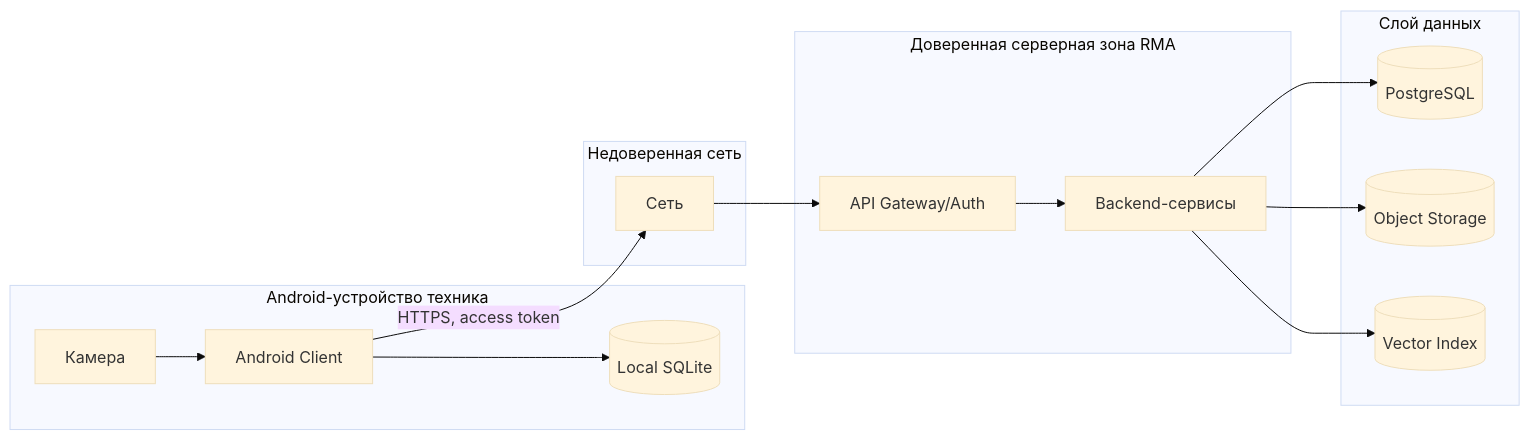
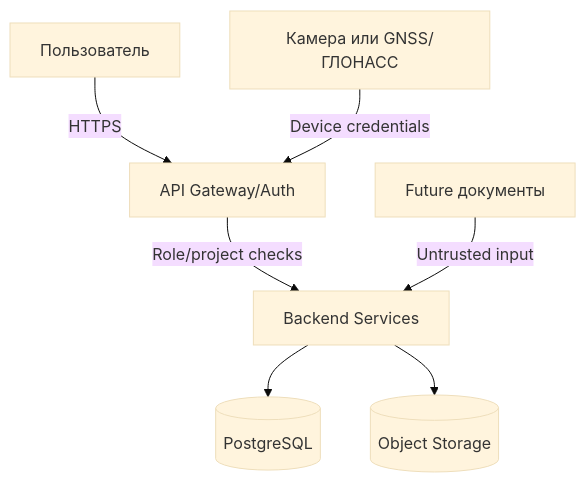
The diagram in 10-безопасность.md (s21dlemanskiy/course-work), drawn with Mermaid (base theme) before and after one commit. The commit also changed other lines of this file and 19 other files, not shown here.

````diff
--- a/10-безопасность.md
+++ b/10-безопасность.md
@@ -25,32 +29,9 @@
 ```mermaid
-flowchart LR
-    subgraph Device[Android-устройство техника]
-        Camera[Камера]
-        App[Android Client]
-        Local[(Local SQLite)]
-    end
-
-    subgraph Public[Недоверенная сеть]
-        Internet[Сеть]
-    end
-
-    subgraph Backend[Доверенная серверная зона RMA]
-        Gateway[API Gateway/Auth]
-        Services[Backend-сервисы]
-    end
-
-    subgraph Data[Слой данных]
-        DB[(PostgreSQL)]
-        Files[(Object Storage)]
-        Vector[(Vector Index)]
-    end
-
-    Camera --> App
-    App --> Local
-    App -->|HTTPS, access token| Internet
-    Internet --> Gateway
-    Gateway --> Services
-    Services --> DB
-    Services --> Files
-    Services --> Vector
+flowchart TD
+    User[Пользователь] -->|HTTPS| Gateway[API Gateway/Auth]
+    Device[Камера или GNSS/ГЛОНАСС] -->|Device credentials| Gateway
+    Gateway -->|Role/project checks| Services[Backend Services]
+    Services --> DB[(PostgreSQL)]
+    Services --> OBJ[(Object Storage)]
+    FutureDocs[Future документы] -->|Untrusted input| Services
 ```
````
